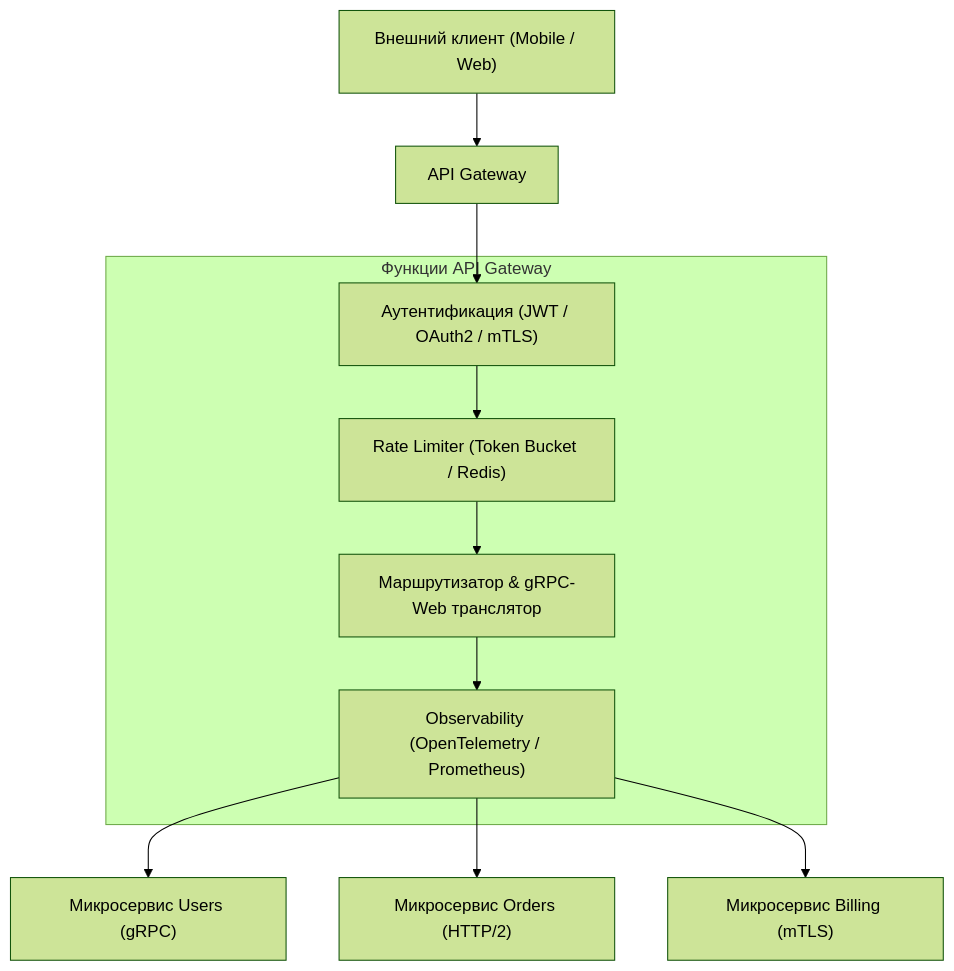
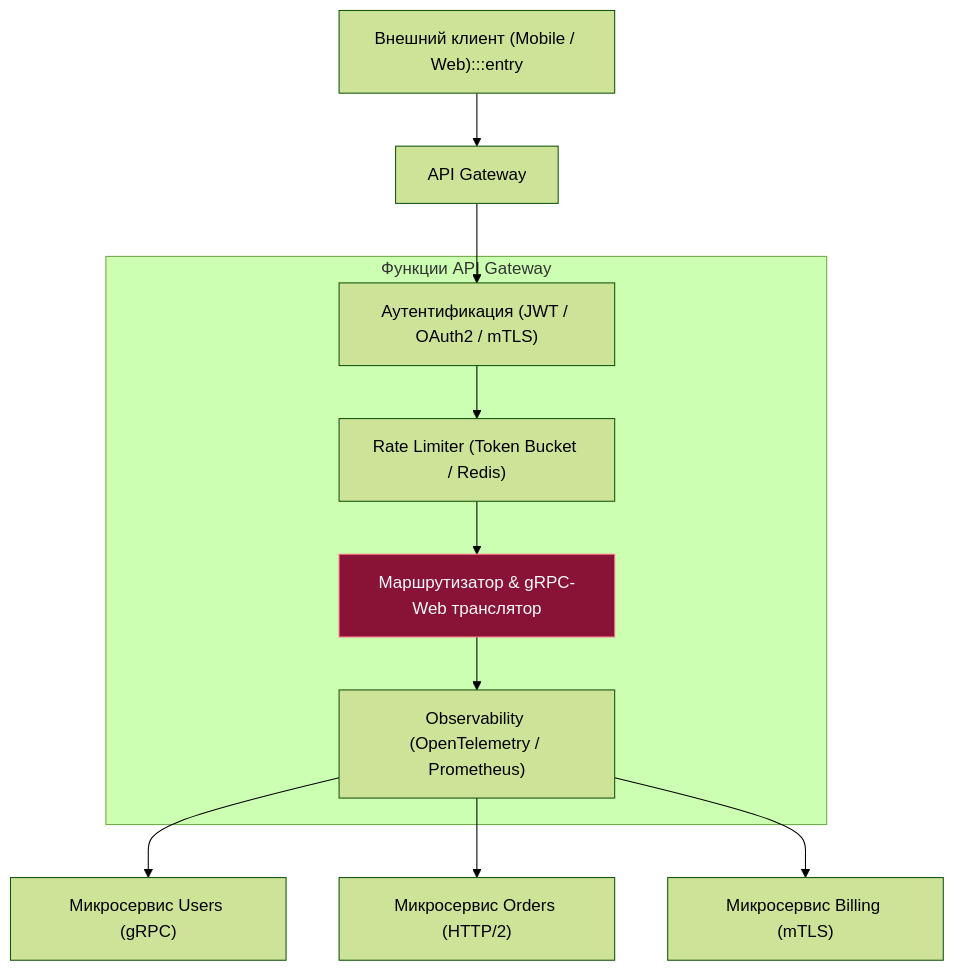
One commit to UnrealTemplier/go-textbook changed the third of 4 diagrams in sources/3. Компьютерные сети и сетевой стек/27. Прокси, Reverse Proxy и API Gateway.md. Above: the diagram before and after it, drawn with Mermaid (forest theme). The commit also changed other lines of this file and 1666 other files, not shown here.

First line of the commit message:
feat(mermaid): add semantic color classDef to 1369 colorless flowchart/graph diagrams

````diff
--- a/sources/3. Компьютерные сети и сетевой стек/27. Прокси, Reverse Proxy и API Gateway.md
+++ b/sources/3. Компьютерные сети и сетевой стек/27. Прокси, Reverse Proxy и API Gateway.md
@@ -72,17 +92,27 @@
 ```mermaid
 flowchart TD
-    Client["Внешний клиент (Mobile / Web)"] --> Gateway["API Gateway"]
+    classDef process  fill:#1e293b,stroke:#38bdf8,stroke-width:1px,color:#f8fafc
+    classDef success  fill:#064e3b,stroke:#34d399,stroke-width:1px,color:#f8fafc
+    classDef error    fill:#7f1d1d,stroke:#f87171,stroke-width:1px,color:#f8fafc
+    classDef warning  fill:#78350f,stroke:#fbbf24,stroke-width:1px,color:#f8fafc
+    classDef entry    fill:#1e3a5f,stroke:#38bdf8,stroke-width:2px,color:#f8fafc
+    classDef aux      fill:#334155,stroke:#64748b,stroke-width:1px,color:#f8fafc
+    classDef system   fill:#312e81,stroke:#a78bfa,stroke-width:1px,color:#f8fafc
+    classDef data     fill:#132d29,stroke:#2dd4bf,stroke-width:1px,color:#f8fafc
+    classDef network  fill:#881337,stroke:#fb7185,stroke-width:1px,color:#f8fafc
+    classDef accent   fill:#1e1b4b,stroke:#818cf8,stroke-width:1px,color:#f8fafc
+    Client["Внешний клиент (Mobile / Web):::entry"] --> Gateway["API Gateway"]
     
     subgraph GatewayCore ["Функции API Gateway"]
         Auth["Аутентификация (JWT / OAuth2 / mTLS)"]
         RateLimit["Rate Limiter (Token Bucket / Redis)"]
-        Router["Маршрутизатор & gRPC-Web транслятор"]
+        Router["Маршрутизатор & gRPC-Web транслятор"]:::network
         Metrics["Observability (OpenTelemetry / Prometheus)"]
     end
     
     Gateway --> Auth --> RateLimit --> Router --> Metrics
     
     Metrics --> SvcUsers["Микросервис Users (gRPC)"]
     Metrics --> SvcOrders["Микросервис Orders (HTTP/2)"]
     Metrics --> SvcBilling["Микросервис Billing (mTLS)"]
 ```
````
